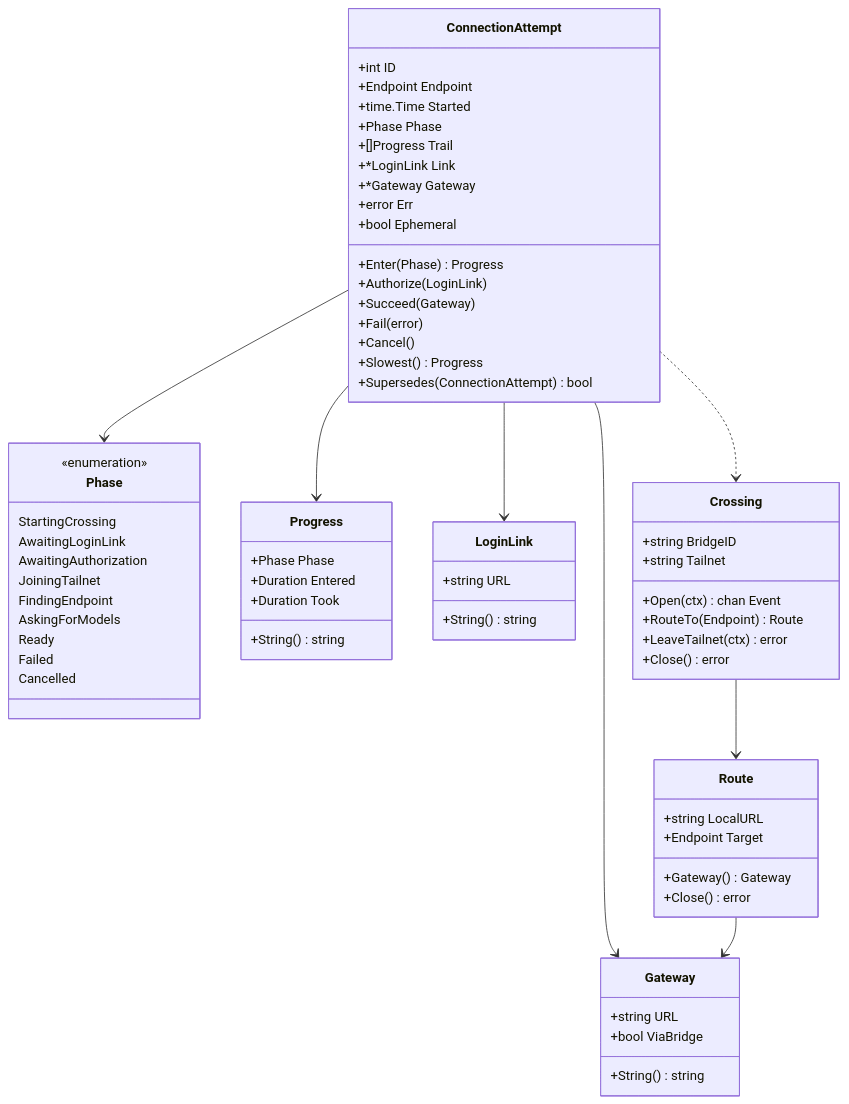
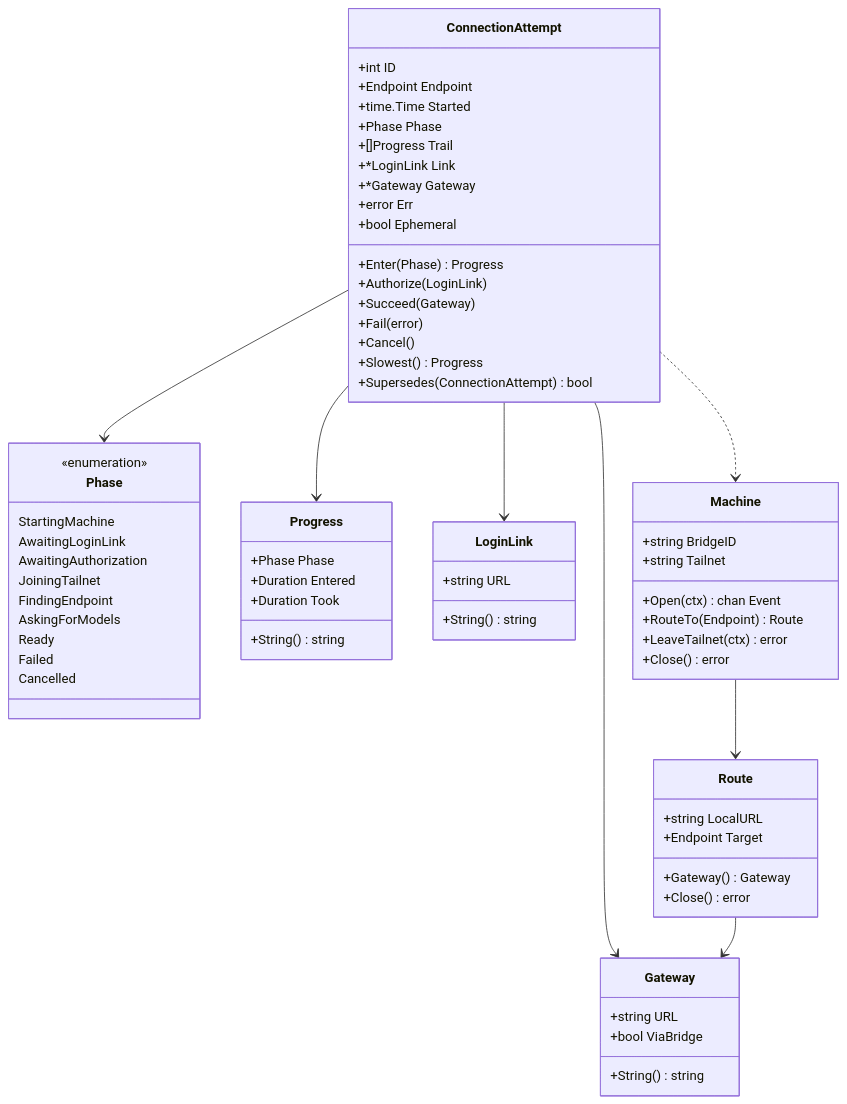
One commit to tailscale/aperture-cli changed the fourth of 4 diagrams in docs/specs/connection-domain-model.md. Above: the diagram before and after it, drawn with Mermaid. The commit also changed other lines of this file and 4 other files, not shown here.

````diff
--- a/docs/specs/connection-domain-model.md
+++ b/docs/specs/connection-domain-model.md
@@ -252,69 +253,69 @@
 ```mermaid
 classDiagram
     class ConnectionAttempt {
         +int ID
         +Endpoint Endpoint
         +time.Time Started
         +Phase Phase
         +[]Progress Trail
         +*LoginLink Link
         +*Gateway Gateway
         +error Err
         +bool Ephemeral
         +Enter(Phase) Progress
         +Authorize(LoginLink)
         +Succeed(Gateway)
         +Fail(error)
         +Cancel()
         +Slowest() Progress
         +Supersedes(ConnectionAttempt) bool
     }
     class Phase {
         <<enumeration>>
-        StartingCrossing
+        StartingMachine
         AwaitingLoginLink
         AwaitingAuthorization
         JoiningTailnet
         FindingEndpoint
         AskingForModels
         Ready
         Failed
         Cancelled
     }
     class Progress {
         +Phase Phase
         +Duration Entered
         +Duration Took
         +String() string
     }
     class LoginLink {
         +string URL
         +String() string
     }
     class Gateway {
         +string URL
         +bool ViaBridge
         +String() string
     }
-    class Crossing {
+    class Machine {
         +string BridgeID
         +string Tailnet
         +Open(ctx) chan Event
         +RouteTo(Endpoint) Route
         +LeaveTailnet(ctx) error
         +Close() error
     }
     class Route {
         +string LocalURL
         +Endpoint Target
         +Gateway() Gateway
         +Close() error
     }
     ConnectionAttempt --> Phase
     ConnectionAttempt --> Progress
     ConnectionAttempt --> LoginLink
     ConnectionAttempt --> Gateway
-    ConnectionAttempt ..> Crossing
-    Crossing --> Route
+    ConnectionAttempt ..> Machine
+    Machine --> Route
     Route --> Gateway
 ```
````
